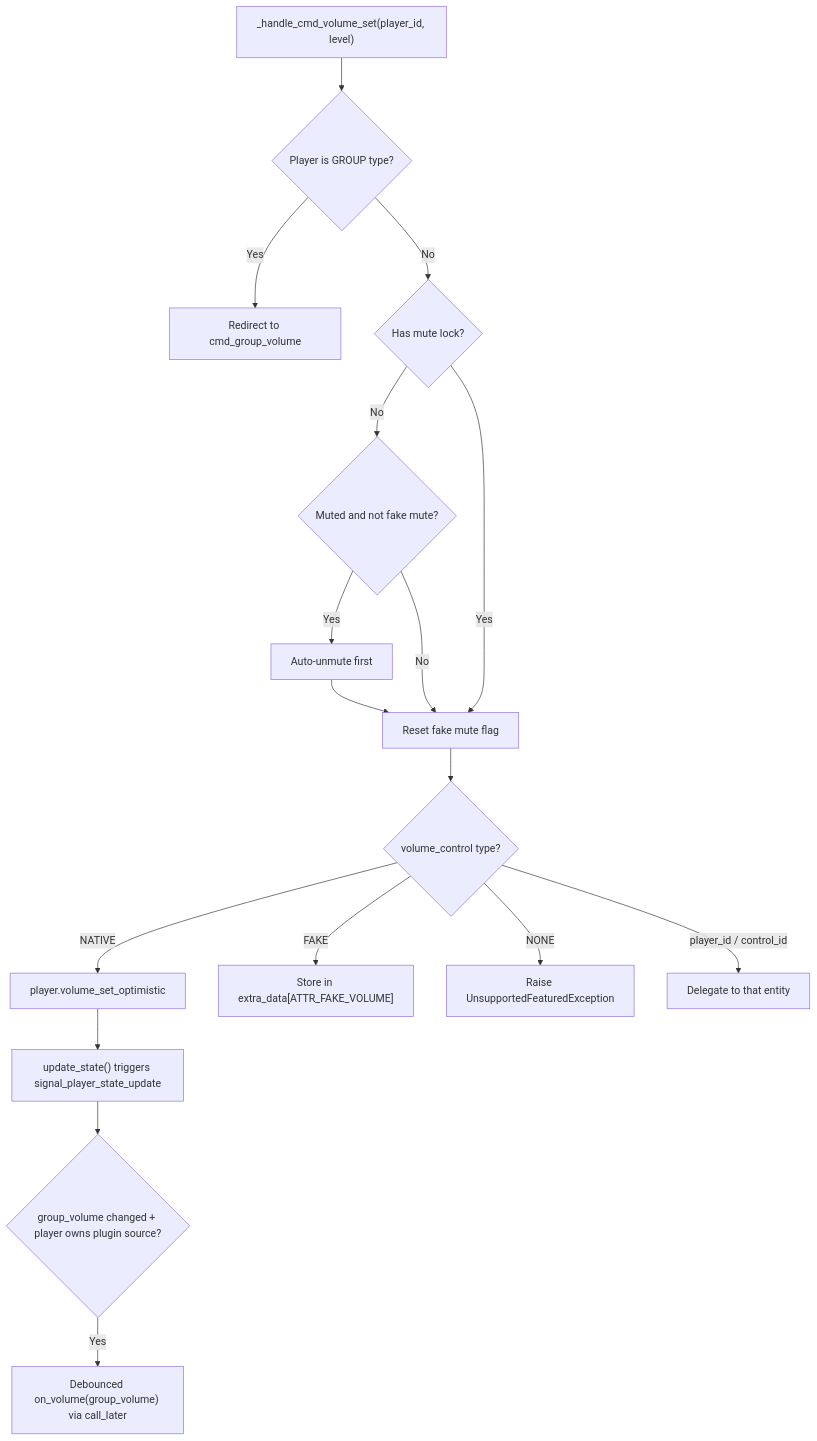
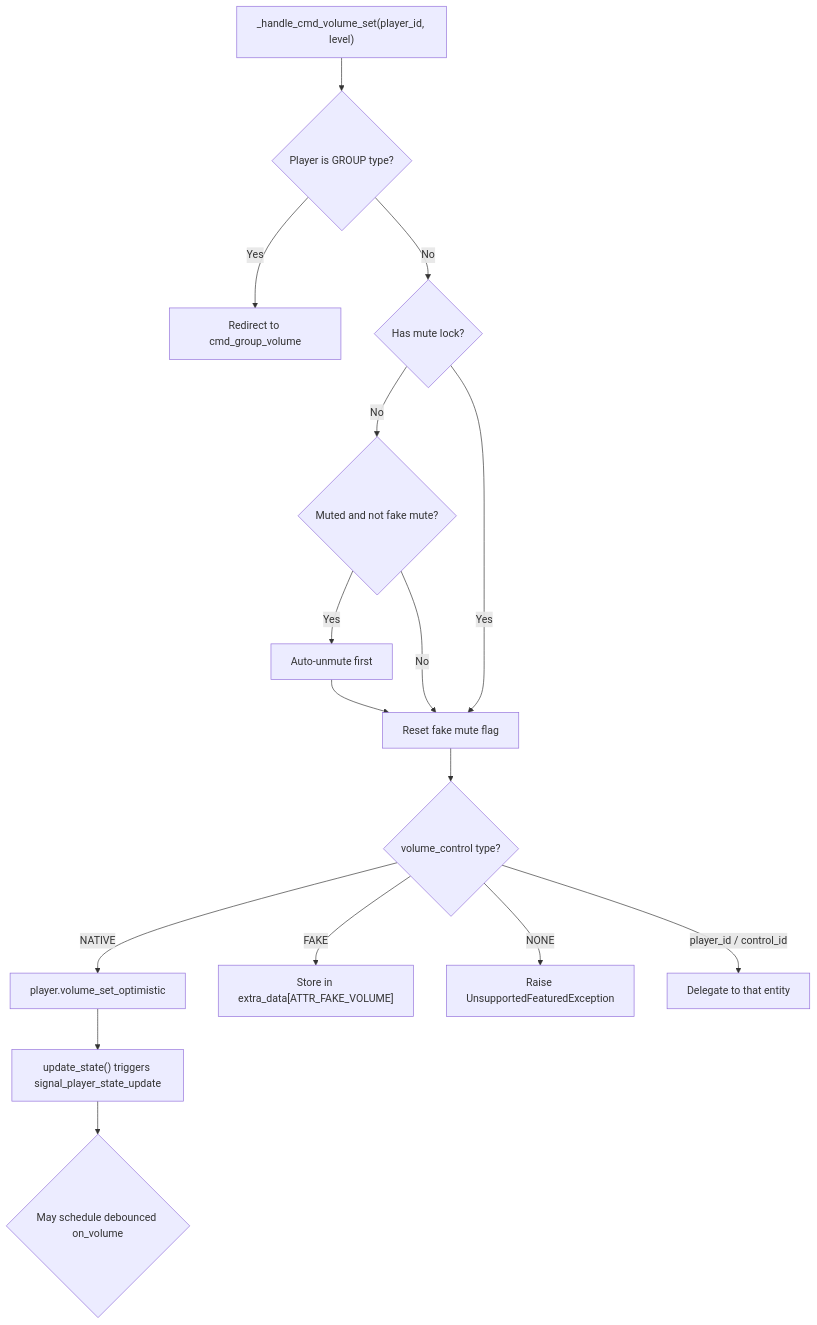
The first of 2 diagrams in docs/architecture/07-volume.md (theturtle32/music-assistant-server), drawn with Mermaid before and after one commit. The commit also changed other lines of this file and 4 other files, not shown here.

First line of the commit message:
Fix Spotify volume echo by making plugin on_volume notifications synchronous

````diff
--- a/docs/architecture/07-volume.md
+++ b/docs/architecture/07-volume.md
@@ -11,19 +11,18 @@
 ```mermaid
 flowchart TD
     A["_handle_cmd_volume_set(player_id, level)"] --> B{Player is GROUP type?}
     B -- Yes --> C[Redirect to cmd_group_volume]
     B -- No --> D{Has mute lock?}
     D -- No --> E{Muted and not fake mute?}
     E -- Yes --> F[Auto-unmute first]
     E -- No --> G[Reset fake mute flag]
     D -- Yes --> G
     F --> G
     G --> J{volume_control type?}
     J -- NATIVE --> K[player.volume_set_optimistic]
     J -- FAKE --> L["Store in extra_data[ATTR_FAKE_VOLUME]"]
     J -- NONE --> M[Raise UnsupportedFeaturedException]
     J -- "player_id / control_id" --> N[Delegate to that entity]
     K --> O["update_state() triggers signal_player_state_update"]
-    O --> P{"group_volume changed + player owns plugin source?"}
-    P -- Yes --> Q["Debounced on_volume(group_volume) via call_later"]
+    O --> P{"May schedule debounced on_volume"}
 ```
````
